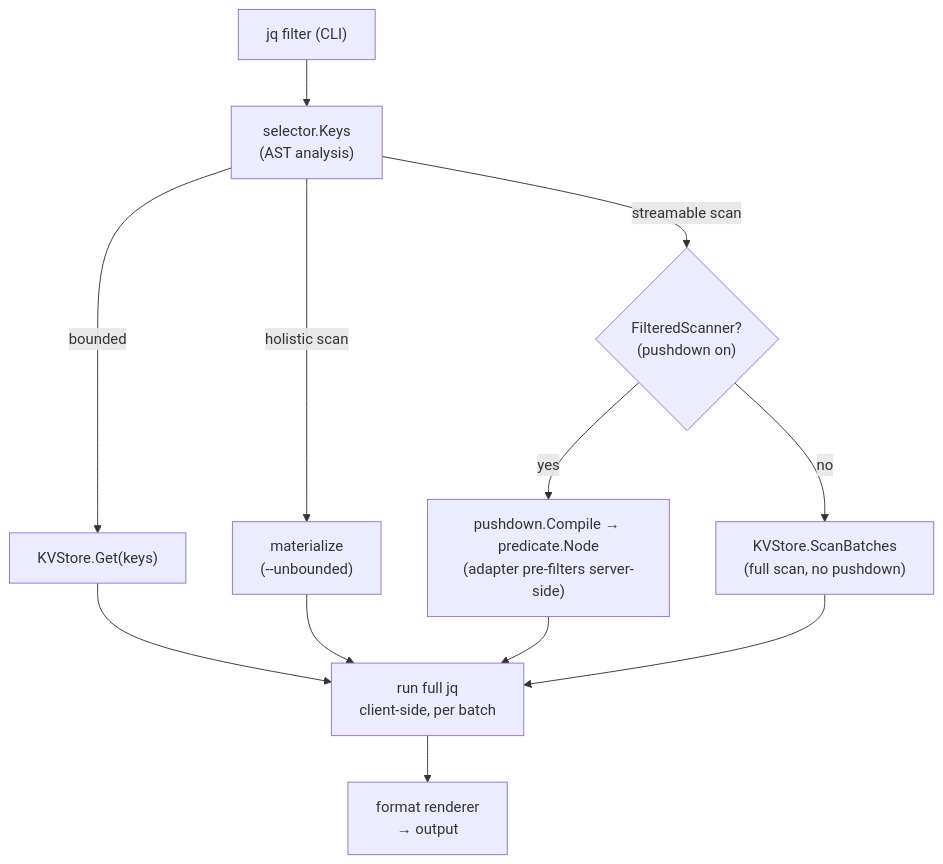
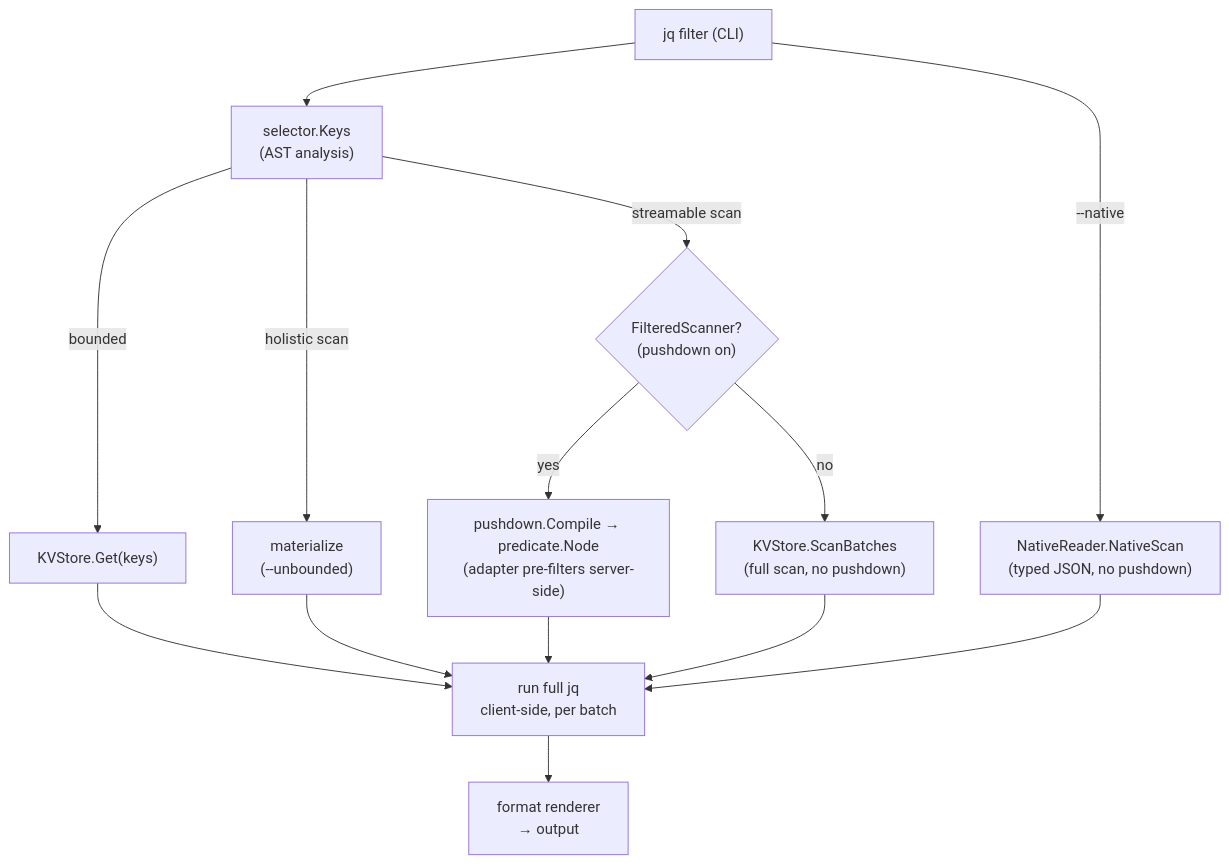
The second of 3 diagrams in docs/docs/how-it-works.md (zsltg/iq), drawn with Mermaid before and after one commit. The commit also changed other lines of this file and 53 other files, not shown here.

First line of the commit message:
feat: add --native to read and copy DynamoDB items in DynamoDB JSON (#233)

````diff
--- a/docs/docs/how-it-works.md
+++ b/docs/docs/how-it-works.md
@@ -163,16 +163,18 @@
 ```mermaid
 graph TD
   F["jq filter (CLI)"] --> SEL["selector.Keys<br/>(AST analysis)"]
   SEL -->|bounded| GET["KVStore.Get(keys)"]
   SEL -->|"streamable scan"| CMP{"FilteredScanner?<br/>(pushdown on)"}
   SEL -->|"holistic scan"| MAT["materialize<br/>(--unbounded)"]
 
   CMP -->|yes| PD["pushdown.Compile → predicate.Node<br/>(adapter pre-filters server-side)"]
   CMP -->|no| RS["KVStore.ScanBatches<br/>(full scan, no pushdown)"]
 
   GET --> JQ["run full jq<br/>client-side, per batch"]
   MAT --> JQ
   PD --> JQ
   RS --> JQ
+  F -->|"--native"| NAT["NativeReader.NativeScan<br/>(typed JSON, no pushdown)"]
+  NAT --> JQ
   JQ --> OUT["format renderer<br/>→ output"]
 ```
````
